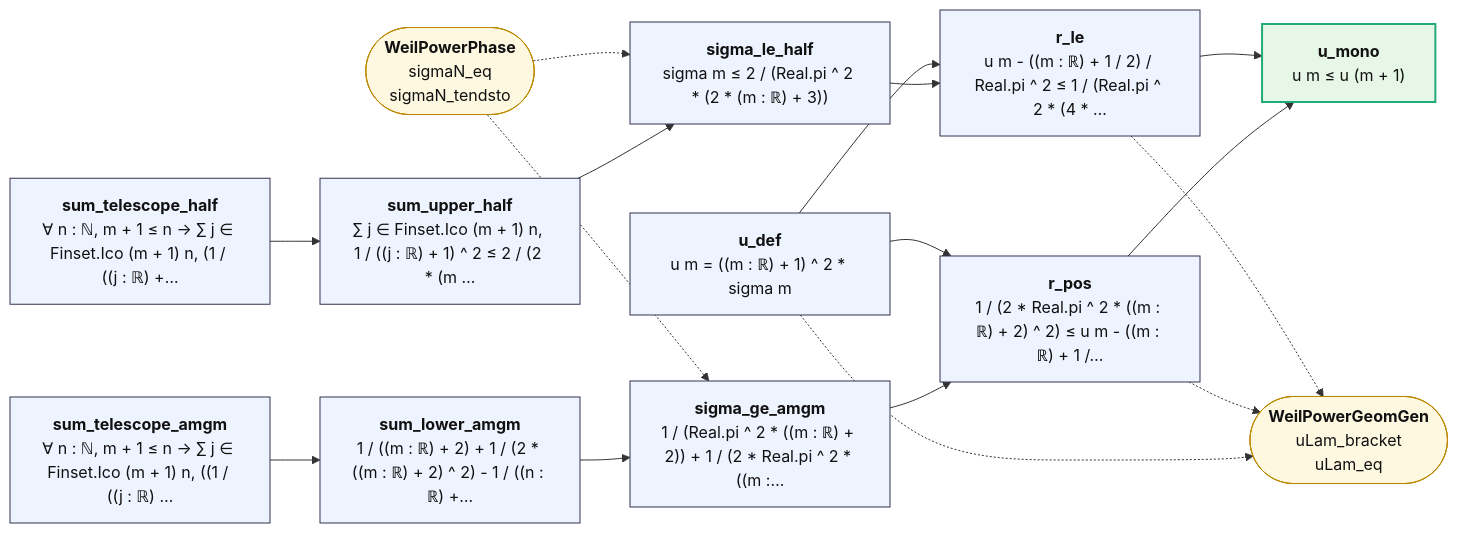
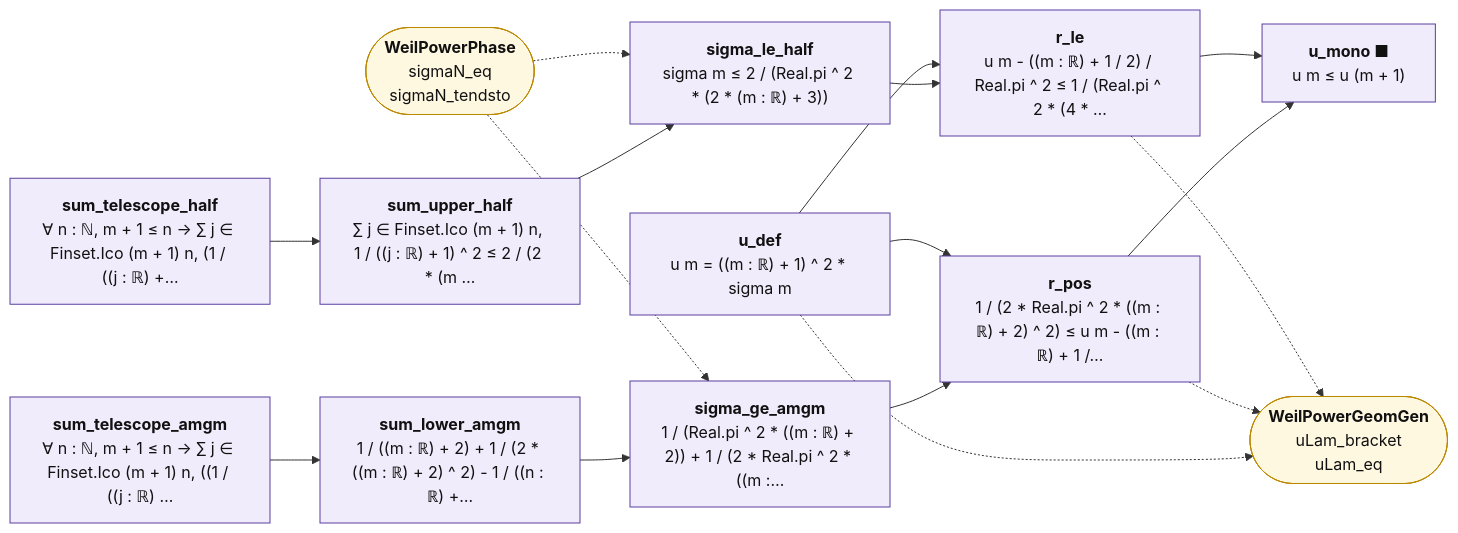
The diagram in map/lean_stage3/WeilPowerSigma.md (juliansambranojr/Primebeat_081426), drawn with Mermaid before and after one commit. The commit also changed other lines of this file and 398 other files, not shown here.

````diff
--- a/map/lean_stage3/WeilPowerSigma.md
+++ b/map/lean_stage3/WeilPowerSigma.md
@@ -12,35 +12,38 @@
 ```mermaid
 flowchart LR
-  n0["<b>sum_telescope_half</b><br/>∀ n : ℕ, m + 1 ≤ n → ∑ j ∈ Finset.Ico (m + 1) n, (1 / ((j : ℝ) +…"]:::thm
-  n1["<b>sum_upper_half</b><br/>∑ j ∈ Finset.Ico (m + 1) n, 1 / ((j : ℝ) + 1) ^ 2 ≤ 2 / (2 * (m …"]:::thm
-  n2["<b>sum_telescope_amgm</b><br/>∀ n : ℕ, m + 1 ≤ n → ∑ j ∈ Finset.Ico (m + 1) n, ((1 / ((j : ℝ) …"]:::thm
-  n3["<b>sum_lower_amgm</b><br/>1 / ((m : ℝ) + 2) + 1 / (2 * ((m : ℝ) + 2) ^ 2) - 1 / ((n : ℝ) +…"]:::thm
-  n4["<b>sigma_le_half</b><br/>sigma m ≤ 2 / (Real.pi ^ 2 * (2 * (m : ℝ) + 3))"]:::thm
-  n5["<b>sigma_ge_amgm</b><br/>1 / (Real.pi ^ 2 * ((m : ℝ) + 2)) + 1 / (2 * Real.pi ^ 2 * ((m :…"]:::thm
-  n6["<b>u_def</b><br/>u m = ((m : ℝ) + 1) ^ 2 * sigma m"]:::thm
-  n7["<b>r_pos</b><br/>1 / (2 * Real.pi ^ 2 * ((m : ℝ) + 2) ^ 2) ≤ u m - ((m : ℝ) + 1 /…"]:::thm
-  n8["<b>r_le</b><br/>u m - ((m : ℝ) + 1 / 2) / Real.pi ^ 2 ≤ 1 / (Real.pi ^ 2 * (4 * …"]:::thm
-  n9["<b>u_mono</b><br/>u m ≤ u (m + 1)"]:::end_
+  n0["<b>sum_telescope_half</b><br/>∀ n : ℕ, m + 1 ≤ n → ∑ j ∈ Finset.Ico (m + 1) n, (1 / ((j : ℝ) +…"]:::shp
+  n1["<b>sum_upper_half</b><br/>∑ j ∈ Finset.Ico (m + 1) n, 1 / ((j : ℝ) + 1) ^ 2 ≤ 2 / (2 * (m …"]:::shp
+  n2["<b>sum_telescope_amgm</b><br/>∀ n : ℕ, m + 1 ≤ n → ∑ j ∈ Finset.Ico (m + 1) n, ((1 / ((j : ℝ) …"]:::shp
+  n3["<b>sum_lower_amgm</b><br/>1 / ((m : ℝ) + 2) + 1 / (2 * ((m : ℝ) + 2) ^ 2) - 1 / ((n : ℝ) +…"]:::shp
+  n4["<b>sigma_le_half</b><br/>sigma m ≤ 2 / (Real.pi ^ 2 * (2 * (m : ℝ) + 3))"]:::shp
+  n5["<b>sigma_ge_amgm</b><br/>1 / (Real.pi ^ 2 * ((m : ℝ) + 2)) + 1 / (2 * Real.pi ^ 2 * ((m :…"]:::shp
+  n6["<b>u_def</b><br/>u m = ((m : ℝ) + 1) ^ 2 * sigma m"]:::shp
+  n7["<b>r_pos</b><br/>1 / (2 * Real.pi ^ 2 * ((m : ℝ) + 2) ^ 2) ≤ u m - ((m : ℝ) + 1 /…"]:::shp
+  n8["<b>r_le</b><br/>u m - ((m : ℝ) + 1 / 2) / Real.pi ^ 2 ≤ 1 / (Real.pi ^ 2 * (4 * …"]:::shp
+  n9["<b>u_mono ■</b><br/>u m ≤ u (m + 1)"]:::shp
   x0(["<b>WeilPowerPhase</b><br/>sigmaN_eq<br/>sigmaN_tendsto"]):::ext
   x1(["<b>WeilPowerGeomGen</b><br/>uLam_bracket<br/>uLam_eq"]):::ext
   n0 --> n1
   n1 --> n4
   n2 --> n3
   n3 --> n5
   n4 --> n8
   n5 --> n7
   n6 --> n7
   n6 --> n8
   n7 --> n9
   n8 --> n9
   n6 -.-> x1
   n7 -.-> x1
   n8 -.-> x1
   x0 -.-> n4
   x0 -.-> n5
+  classDef cnt fill:#dff5ec,stroke:#17694a,color:#111
+  classDef shp fill:#f1ecfb,stroke:#5b3fa0,color:#111
+  classDef rh fill:#ffe5e5,stroke:#c22,color:#111,stroke-width:2px
   classDef thm fill:#eef4ff,stroke:#335,color:#111
   classDef end_ fill:#e7f7e7,stroke:#2a7,color:#111,stroke-width:2px
   classDef lone fill:#fff,stroke:#999,color:#111,stroke-dasharray:4 3
   classDef bad fill:#ffe5e5,stroke:#c22,color:#111,stroke-width:2px
   classDef ext fill:#fff8e1,stroke:#b80,color:#111
 ```
````
